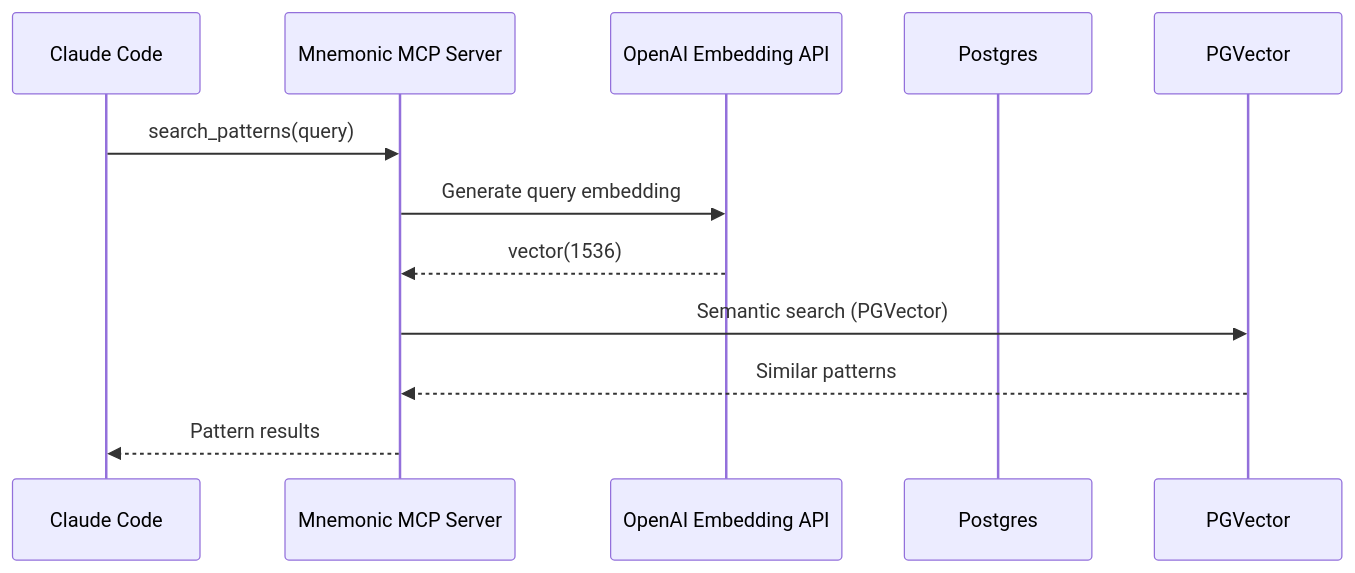
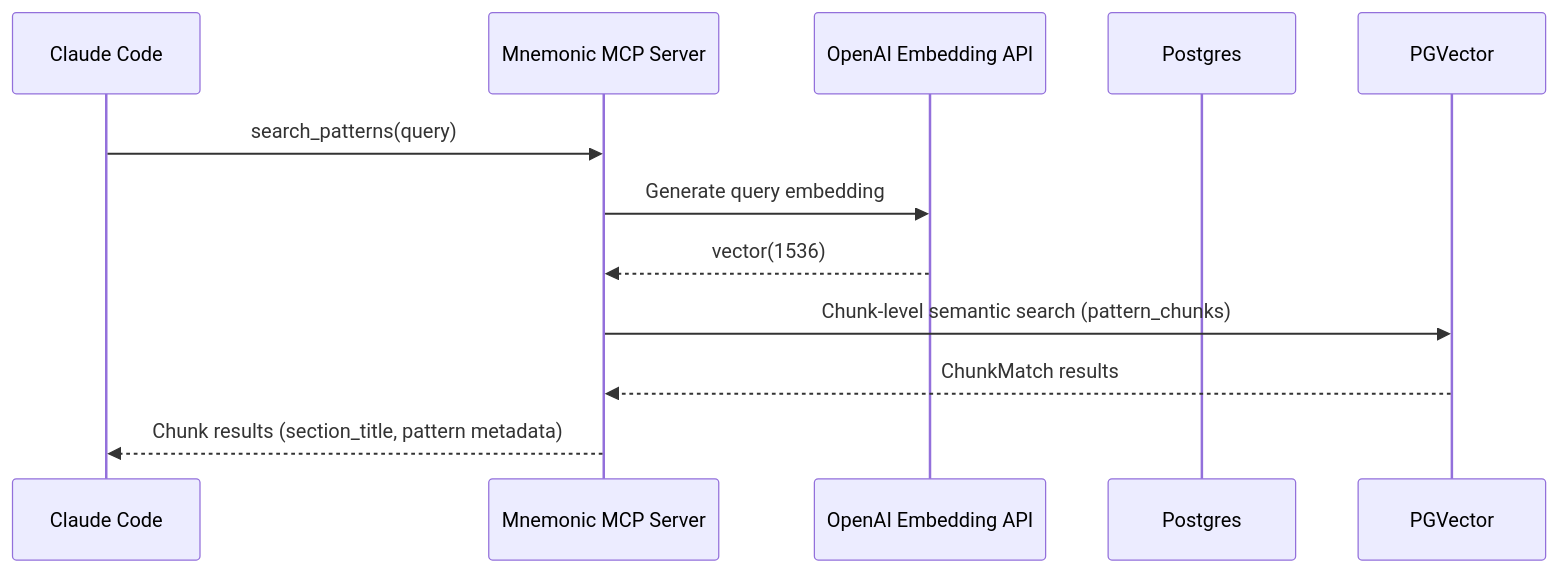
The ninth of 14 diagrams in docs/architecture/04-data-architecture.md (twistingmercury/mnemonic-mcp), drawn with Mermaid before and after one commit. The commit also changed other lines of this file and 45 other files, not shown here.

````diff
--- a/docs/architecture/04-data-architecture.md
+++ b/docs/architecture/04-data-architecture.md
@@ -511,15 +531,15 @@
 ```mermaid
 sequenceDiagram
     participant CC as Claude Code
     participant MCP as Mnemonic MCP Server
     participant OPENAI as OpenAI Embedding API
     participant PG as Postgres
     participant PGV as PGVector
 
     CC->>MCP: search_patterns(query)
     MCP->>OPENAI: Generate query embedding
     OPENAI-->>MCP: vector(1536)
-    MCP->>PGV: Semantic search (PGVector)
-    PGV-->>MCP: Similar patterns
-    MCP-->>CC: Pattern results
+    MCP->>PGV: Chunk-level semantic search (pattern_chunks)
+    PGV-->>MCP: ChunkMatch results
+    MCP-->>CC: Chunk results (section_title, pattern metadata)
 ```
````
